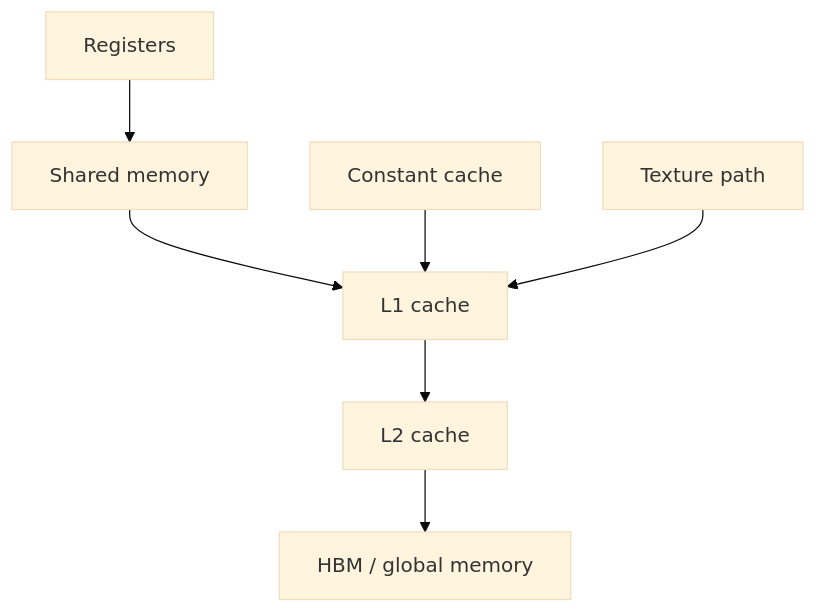
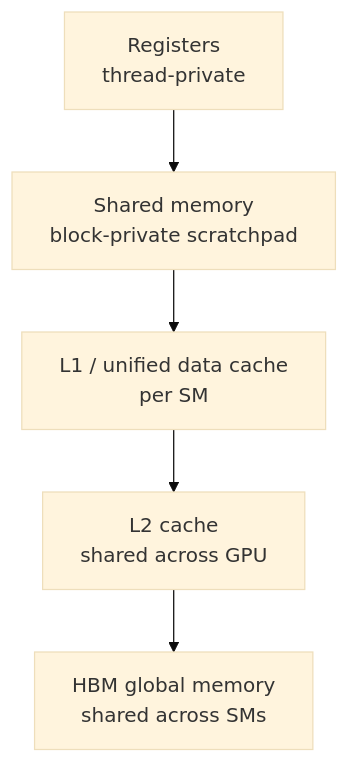
One commit to nawab-ali/mlsys-prep changed the fourth of 7 diagrams in nvidia/02_gpu_execution_model.md. Above: the diagram before and after it, drawn with Mermaid (base theme). The commit also changed other lines of this file, not shown here.

Commit message:
Update NVIDIA GPU execution model module

````diff
--- a/nvidia/02_gpu_execution_model.md
+++ b/nvidia/02_gpu_execution_model.md
@@ -290,14 +325,13 @@
 ```mermaid
-flowchart TD
-  Reg[Registers]
-  Smem[Shared memory]
-  L1[L1 cache]
-  L2[L2 cache]
-  HBM[HBM / global memory]
-  Const[Constant cache]
-  Tex[Texture path]
+flowchart TB
+    Reg[Registers<br/>thread-private]
+    Sh[Shared memory<br/>block-private scratchpad]
+    L1[L1 / unified data cache<br/>per SM]
+    L2[L2 cache<br/>shared across GPU]
+    HBM[HBM global memory<br/>shared across SMs]
 
-  Reg --> Smem --> L1 --> L2 --> HBM
-  Const --> L1
-  Tex --> L1
+    Reg --> Sh
+    Sh --> L1
+    L1 --> L2
+    L2 --> HBM
 ```
````
